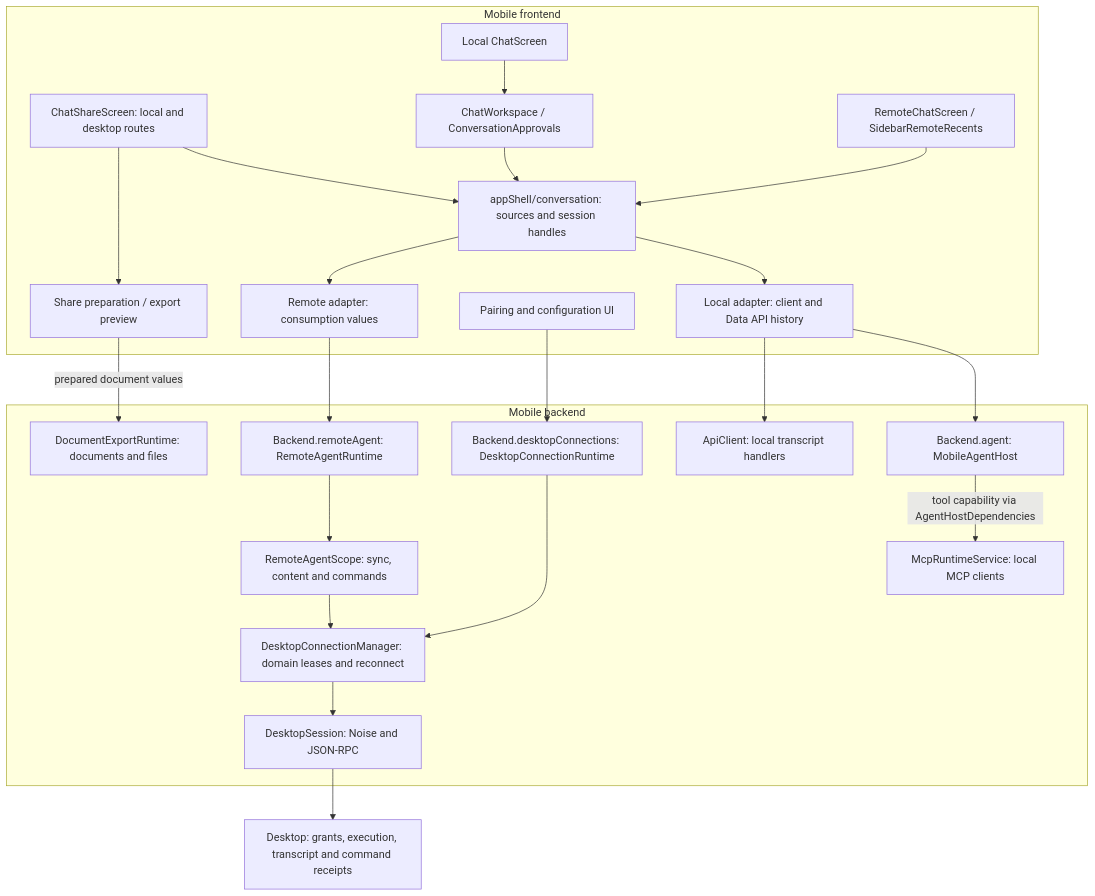
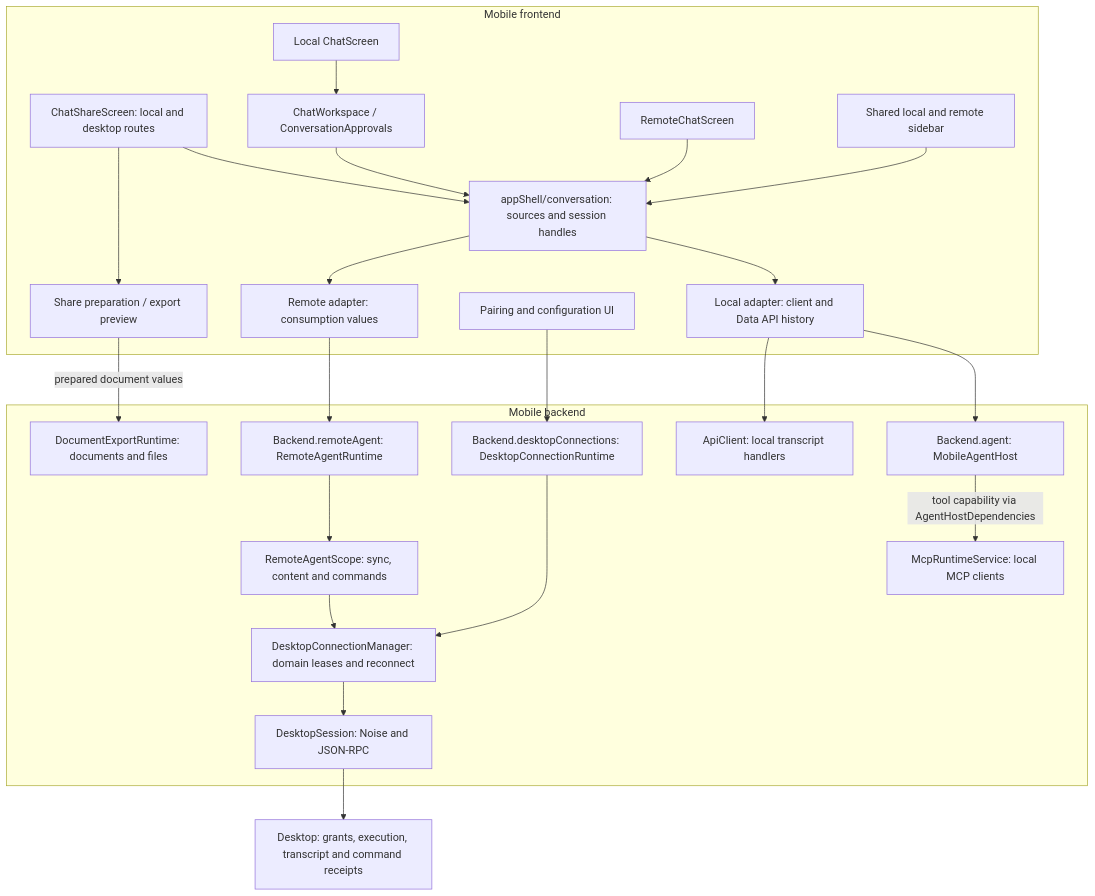
One commit to CherryHQ/cherry-studio-app changed the diagram in docs/references/remote-access/service-ownership.md. Above: the diagram before and after it, drawn with Mermaid. The commit also changed other lines of this file and 76 other files, not shown here.

Commit message:
feat(remote-agent): unify sidebar catalogs and preserve execution failures

````diff
--- a/docs/references/remote-access/service-ownership.md
+++ b/docs/references/remote-access/service-ownership.md
@@ -17,38 +17,40 @@
 ```mermaid
 flowchart TB
   subgraph Frontend[Mobile frontend]
     Local[Local ChatScreen]
     Share[ChatShareScreen: local and desktop routes]
     UI[ChatWorkspace / ConversationApprovals]
     Consumer[appShell/conversation: sources and session handles]
     LocalAdapter[Local adapter: client and Data API history]
     RemoteAdapter[Remote adapter: consumption values]
-    Remote[RemoteChatScreen / SidebarRemoteRecents]
+    Remote[RemoteChatScreen]
+    Sidebar[Shared local and remote sidebar]
     Settings[Pairing and configuration UI]
     Export[Share preparation / export preview]
     Local --> UI --> Consumer
     Share --> Consumer
     Consumer --> LocalAdapter
     Consumer --> RemoteAdapter
     Remote --> Consumer
+    Sidebar --> Consumer
     Share --> Export
   end
   subgraph Backend[Mobile backend]
     Host[Backend.agent: MobileAgentHost]
     Data[ApiClient: local transcript handlers]
     Agent[Backend.remoteAgent: RemoteAgentRuntime]
     Scope[RemoteAgentScope: sync, content and commands]
     Config[Backend.desktopConnections: DesktopConnectionRuntime]
     Pool[DesktopConnectionManager: domain leases and reconnect]
     Channel[DesktopSession: Noise and JSON-RPC]
     Mcp[McpRuntimeService: local MCP clients]
     Document[DocumentExportRuntime: documents and files]
     LocalAdapter --> Host
     LocalAdapter --> Data
     RemoteAdapter --> Agent --> Scope --> Pool
     Settings --> Config --> Pool --> Channel
     Host -->|tool capability via AgentHostDependencies| Mcp
     Export -->|prepared document values| Document
   end
   Channel --> PC[Desktop: grants, execution, transcript and command receipts]
 ```
````
